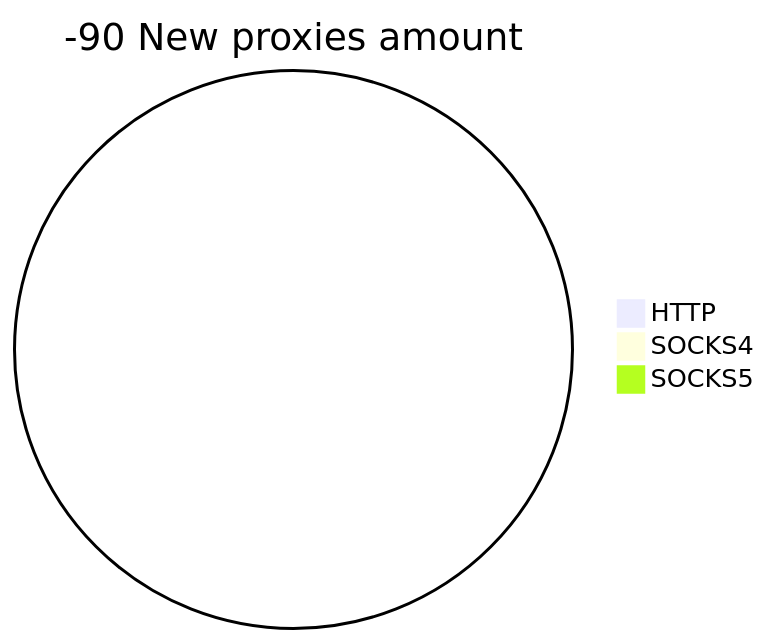
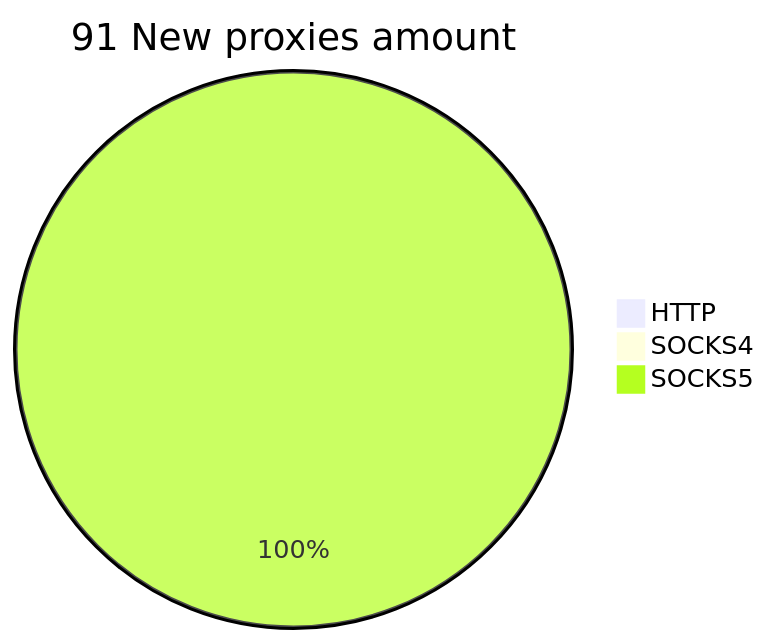
Before and after one commit to cutipu/proxylist: the second of 2 diagrams in README.md, drawn with Mermaid. The commit also changed other lines of this file, not shown here.

````diff
--- a/README.md
+++ b/README.md
@@ -10,6 +10,6 @@
 ```mermaid
-pie title -90 New proxies amount
+pie title 91 New proxies amount
     "HTTP" : 0
     "SOCKS4" : 0
-    "SOCKS5" : 0
+    "SOCKS5" : 91
 ```
````
